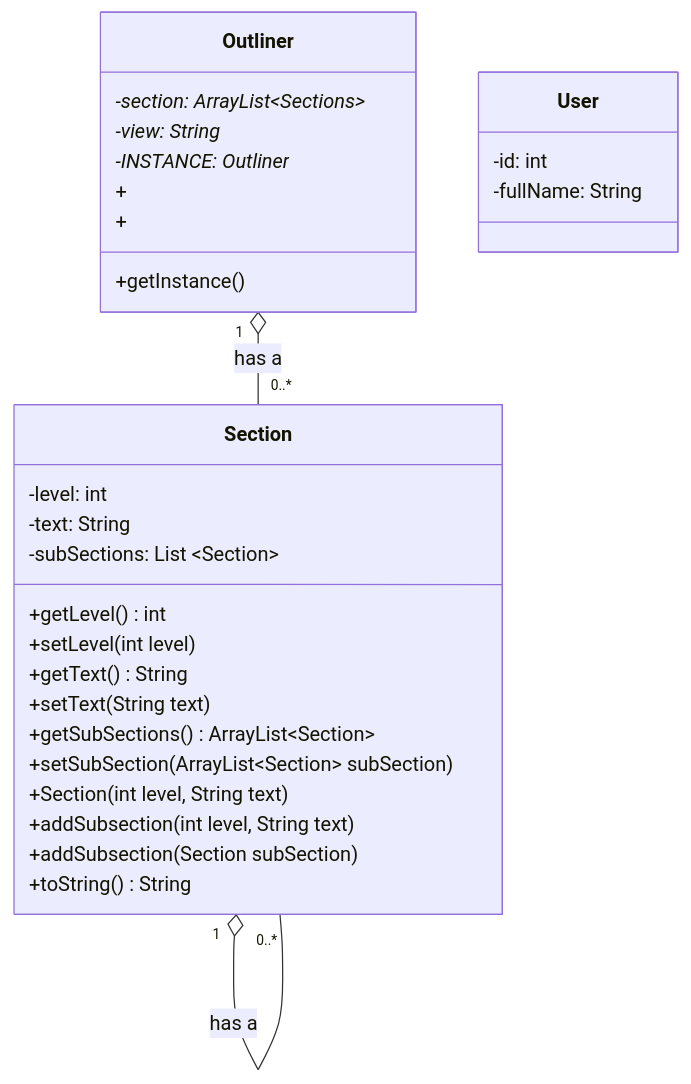
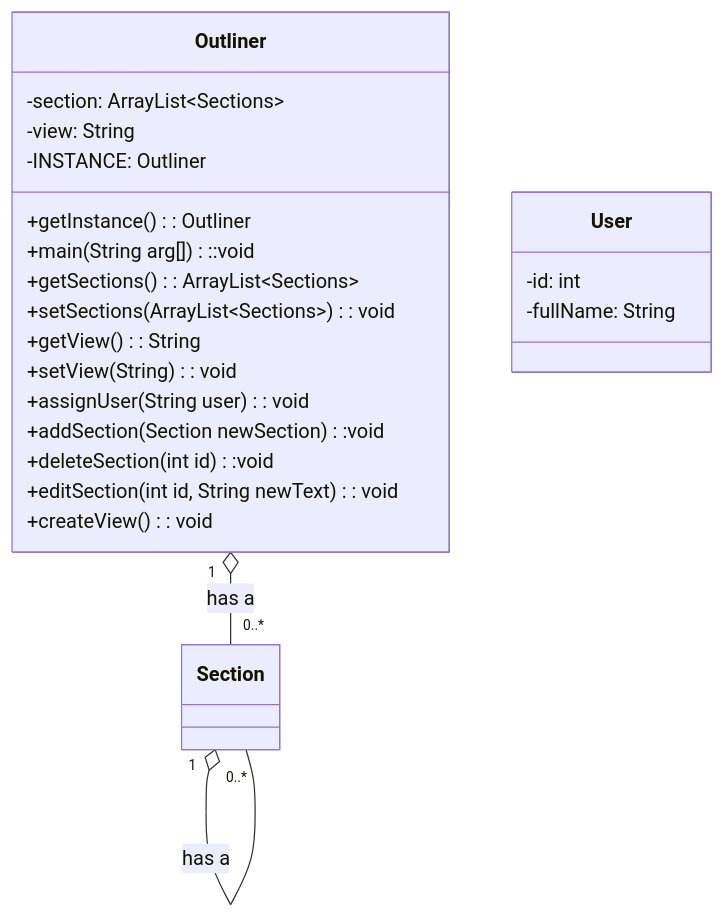
One commit to itsjihunpark/Microsoft-Word-Outliner-Clone changed the diagram in docs/UML.md. Above: the diagram before and after it, drawn with Mermaid.

````diff
--- a/docs/UML.md
+++ b/docs/UML.md
@@ -24,40 +24,35 @@
 ```mermaid
 classDiagram
     Outliner "1" o-- "0..*" Section : has a 
     Section "1" o-- "0..*" Section : has a
 
     class User{
       -id: int
       -fullName: String
     }
 
     class Outliner{
     
     }
 
     class Outliner{
-      _-section: ArrayList~Sections~_
-      _-view: String_
-      _-INSTANCE: Outliner_
-      +getInstance()
-      +
-      +
-      
+      -section: ArrayList~Sections~
+      -view: String
+      -INSTANCE: Outliner
+      +getInstance(): Outliner
+      +main(String arg[])::void
+      +getSections(): ArrayList~Sections~
+      +setSections(ArrayList~Sections~): void
+      +getView(): String
+      +setView(String): void
+      +assignUser(String user): void
+      +addSection(Section newSection):void
+      +deleteSection(int id):void
+      +editSection(int id, String newText): void
+      +createView(): void
     }
     class Section{
-      -level: int
-      -text: String
-      -subSections: List ~Section~
-      +getLevel() int
-      +setLevel(int level)
-      +getText() String
-      +setText(String text)
-      +getSubSections() ArrayList~Section~
-      +setSubSection(ArrayList~Section~ subSection)
-      +Section(int level, String text)
-      +addSubsection(int level, String text)
-      +addSubsection(Section subSection)
-      +toString() String
+      
     }
 
 ```
````
